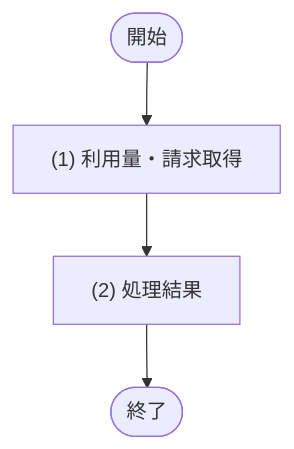
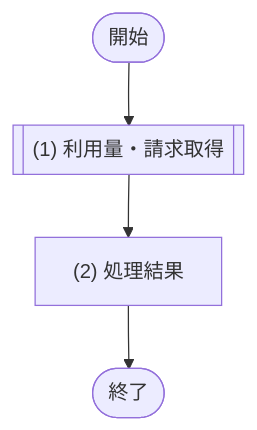
One commit to sikakou54/system-document-template changed the diagram in docs/03_機能設計/03_API設計/API-012_利用量・請求取得.md. Above: the diagram before and after it, drawn with Mermaid. The commit also changed 28 other files, not shown here.

````diff
--- a/docs/03_機能設計/03_API設計/API-012_利用量・請求取得.md
+++ b/docs/03_機能設計/03_API設計/API-012_利用量・請求取得.md
@@ -46,9 +46,9 @@
 ```mermaid
 flowchart TD
   Start([開始])
-  P1["(1) 利用量・請求取得"]
+  P1[["(1) 利用量・請求取得"]]
   P2["(2) 処理結果"]
   End([終了])
 
   Start --> P1 --> P2 --> End
 ```
````
